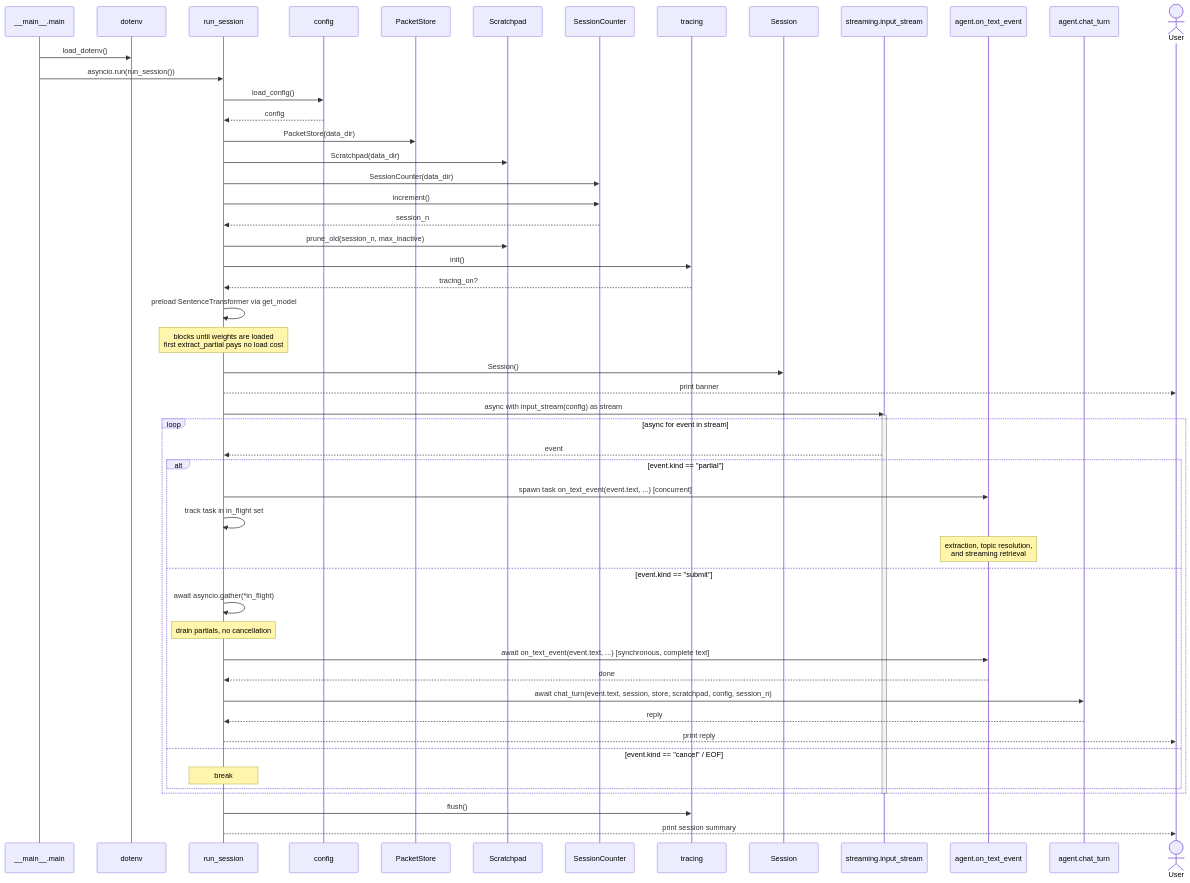
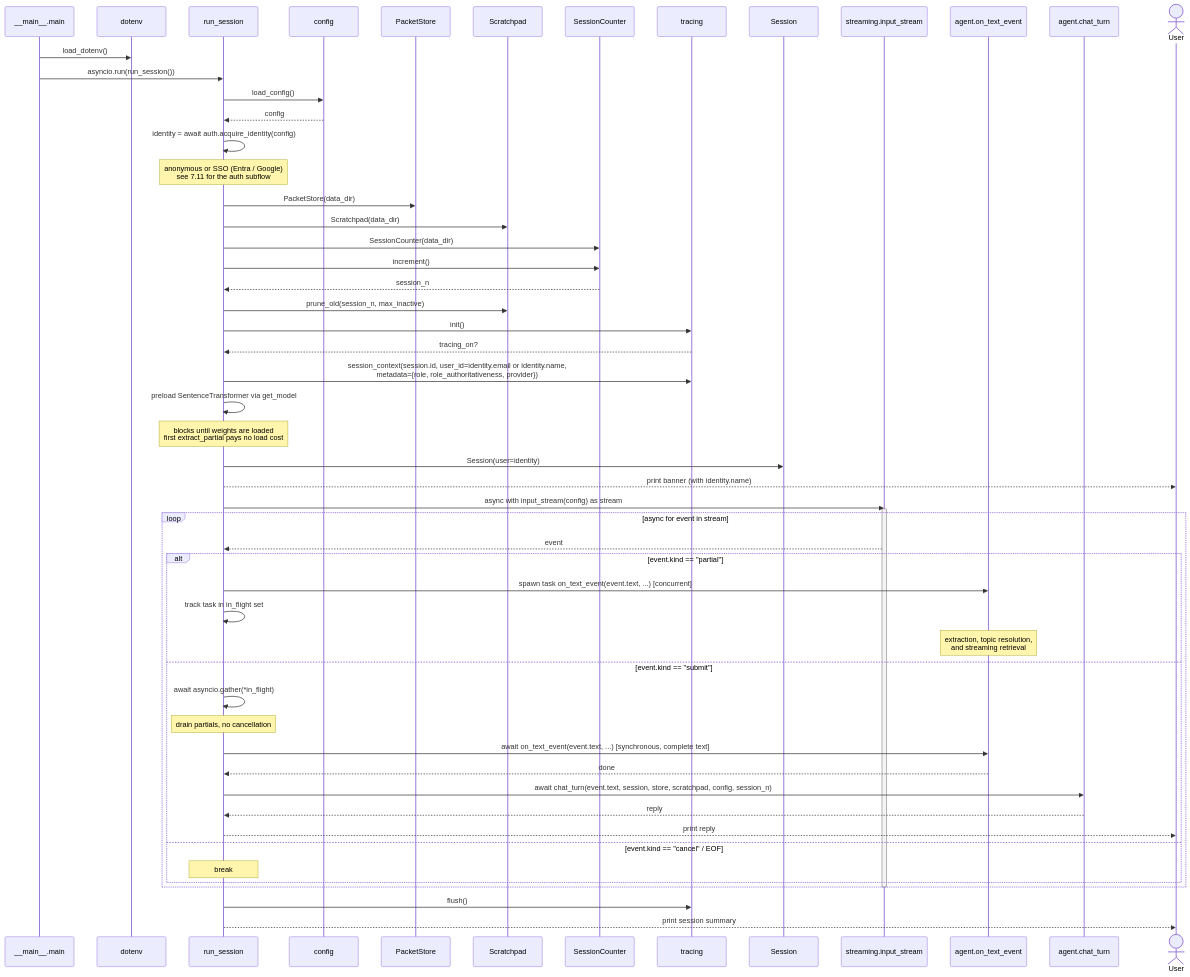
The ninth of 12 diagrams in TDS.md (shishircc/self-learning-knowledge-agent), drawn with Mermaid before and after one commit. The commit also changed other lines of this file and 1 other file, not shown here.

First line of the commit message:
docs(design): add identity, capabilities, and source authoritativeness

````diff
--- a/TDS.md
+++ b/TDS.md
@@ -989,59 +1678,62 @@
 ```mermaid
 sequenceDiagram
     participant Main as __main__.main
     participant DOT as dotenv
     participant Run as run_session
     participant CFG as config
     participant ST as PacketStore
     participant SP as Scratchpad
     participant SC as SessionCounter
     participant TR as tracing
     participant Sess as Session
     participant STR as streaming.input_stream
     participant OP as agent.on_text_event
     participant CT as agent.chat_turn
     actor U as User
 
     Main->>DOT: load_dotenv()
     Main->>Run: asyncio.run(run_session())
     Run->>CFG: load_config()
     CFG-->>Run: config
+    Run->>Run: identity = await auth.acquire_identity(config)
+    Note over Run: anonymous or SSO (Entra / Google)<br/>see 7.11 for the auth subflow
     Run->>ST: PacketStore(data_dir)
     Run->>SP: Scratchpad(data_dir)
     Run->>SC: SessionCounter(data_dir)
     Run->>SC: increment()
     SC-->>Run: session_n
     Run->>SP: prune_old(session_n, max_inactive)
     Run->>TR: init()
     TR-->>Run: tracing_on?
+    Run->>TR: session_context(session.id, user_id=identity.email or identity.name,<br/>metadata={role, role_authoritativeness, provider})
     Run->>Run: preload SentenceTransformer via get_model
     Note over Run: blocks until weights are loaded<br/>first extract_partial pays no load cost
-    Run->>Sess: Session()
-    Run-->>U: print banner
+    Run->>Sess: Session(user=identity)
+    Run-->>U: print banner (with identity.name)
 
     Run->>STR: async with input_stream(config) as stream
     activate STR
 
     loop async for event in stream
         STR-->>Run: event
         alt event.kind == "partial"
             Run->>OP: spawn task on_text_event(event.text, ...) [concurrent]
             Run->>Run: track task in in_flight set
             Note over OP: extraction, topic resolution,<br/>and streaming retrieval
         else event.kind == "submit"
             Run->>Run: await asyncio.gather(*in_flight)
             Note over Run: drain partials, no cancellation
             Run->>OP: await on_text_event(event.text, ...) [synchronous, complete text]
             OP-->>Run: done
             Run->>CT: await chat_turn(event.text, session, store, scratchpad, config, session_n)
             CT-->>Run: reply
             Run-->>U: print reply
         else event.kind == "cancel" / EOF
             Note over Run: break
         end
     end
 
     deactivate STR
     Run->>TR: flush()
     Run-->>U: print session summary
 ```
````
